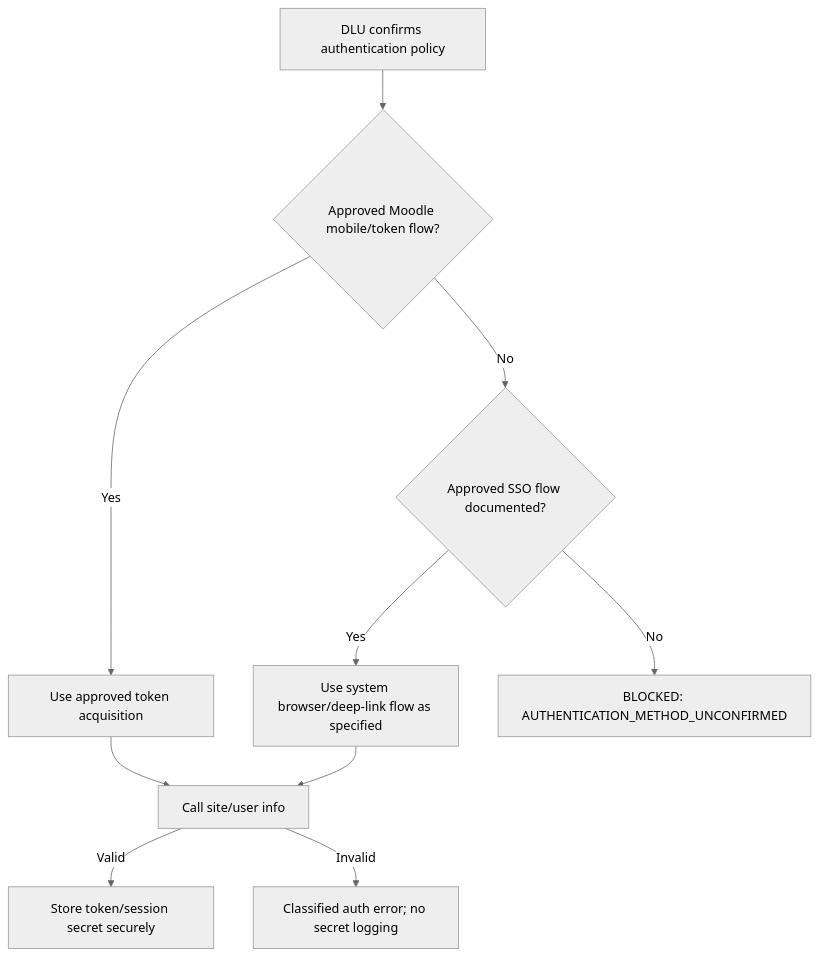
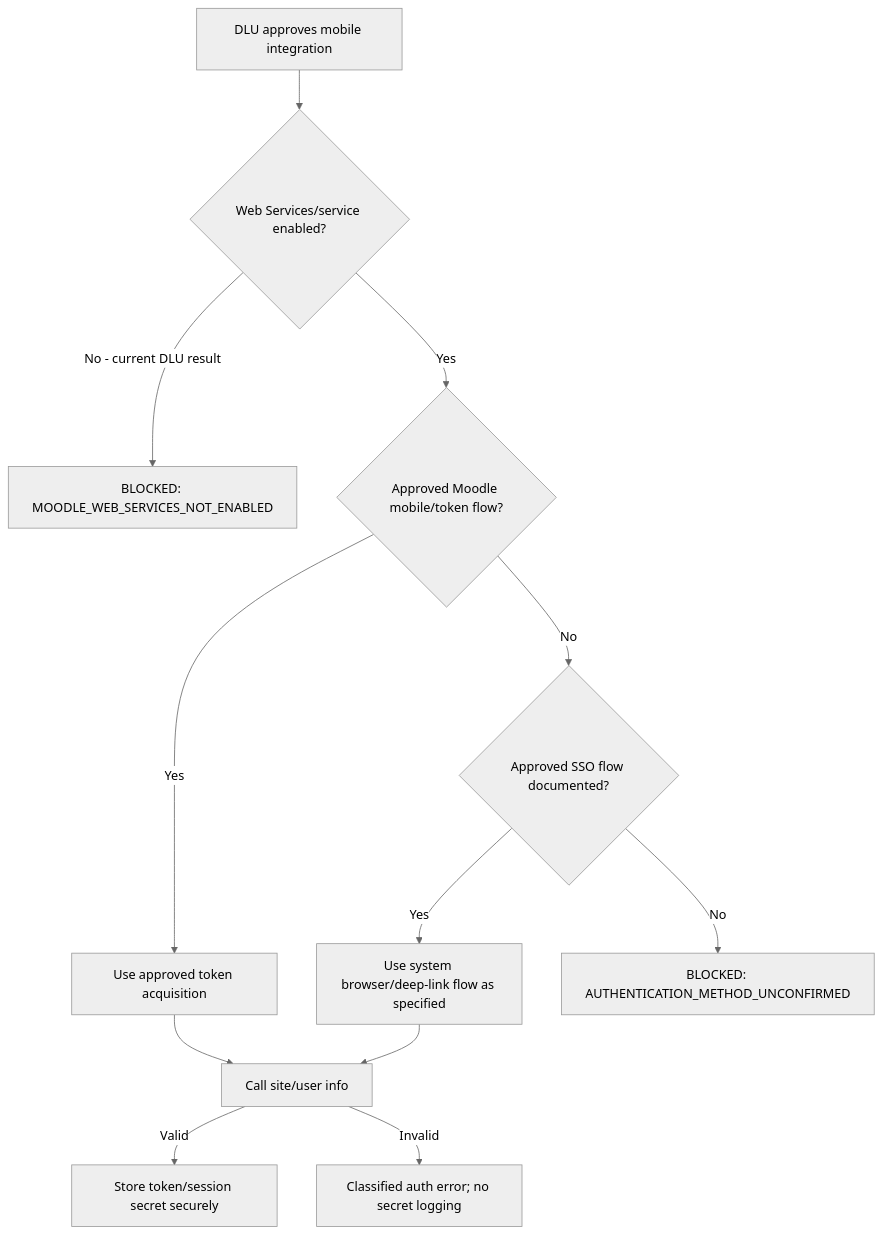
One commit to teddy3704/DOANTOTNGHIEP changed the diagram in docs/MOODLE_INTEGRATION.md. Above: the diagram before and after it, drawn with Mermaid (neutral theme). The commit also changed other lines of this file and 27 other files, not shown here.

Commit message:
feat: harden DLU integration discovery and production safety

````diff
--- a/docs/MOODLE_INTEGRATION.md
+++ b/docs/MOODLE_INTEGRATION.md
@@ -55,12 +67,14 @@
 ```mermaid
 flowchart TD
-    Start["DLU confirms authentication policy"] --> Mobile{"Approved Moodle mobile/token flow?"}
+    Start["DLU approves mobile integration"] --> Enabled{"Web Services/service enabled?"}
+    Enabled -->|"No - current DLU result"| WsBlocked["BLOCKED: MOODLE_WEB_SERVICES_NOT_ENABLED"]
+    Enabled -->|"Yes"| Mobile{"Approved Moodle mobile/token flow?"}
     Mobile -->|"Yes"| Token["Use approved token acquisition"]
     Mobile -->|"No"| SSO{"Approved SSO flow documented?"}
     SSO -->|"Yes"| Browser["Use system browser/deep-link flow as specified"]
     SSO -->|"No"| Blocked["BLOCKED: AUTHENTICATION_METHOD_UNCONFIRMED"]
     Token --> Verify["Call site/user info"]
     Browser --> Verify
     Verify -->|"Valid"| Store["Store token/session secret securely"]
     Verify -->|"Invalid"| SafeError["Classified auth error; no secret logging"]
 ```
````
